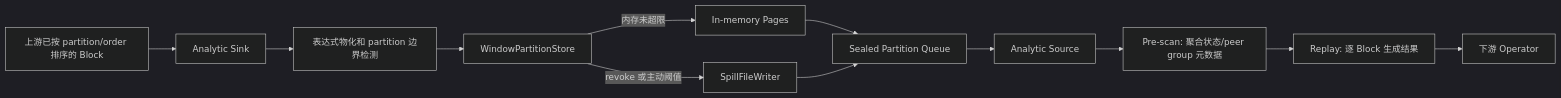
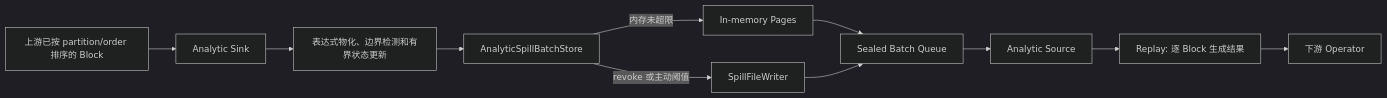
The first of 2 diagrams in docs/window-function-spill-design.md (apache/doris), drawn with Mermaid (dark theme) before and after one commit. The commit also changed other lines of this file and 23 other files, not shown here.

First line of the commit message:
[feature](be) Support spill for non-streaming window functions

````diff
--- a/docs/window-function-spill-design.md
+++ b/docs/window-function-spill-design.md
@@ -159,14 +164,13 @@
 ```mermaid
 flowchart LR
     U[上游已按 partition/order 排序的 Block] --> S[Analytic Sink]
-    S --> M[表达式物化和 partition 边界检测]
-    M --> P[WindowPartitionStore]
+    S --> M[表达式物化、边界检测和有界状态更新]
+    M --> P[AnalyticSpillBatchStore]
     P -->|内存未超限| I[In-memory Pages]
     P -->|revoke 或主动阈值| W[SpillFileWriter]
-    I --> Q[Sealed Partition Queue]
+    I --> Q[Sealed Batch Queue]
     W --> Q
     Q --> R[Analytic Source]
-    R --> A[Pre-scan: 聚合状态/peer group 元数据]
-    A --> B[Replay: 逐 Block 生成结果]
+    R --> B[Replay: 逐 Block 生成结果]
     B --> D[下游 Operator]
 ```
````
